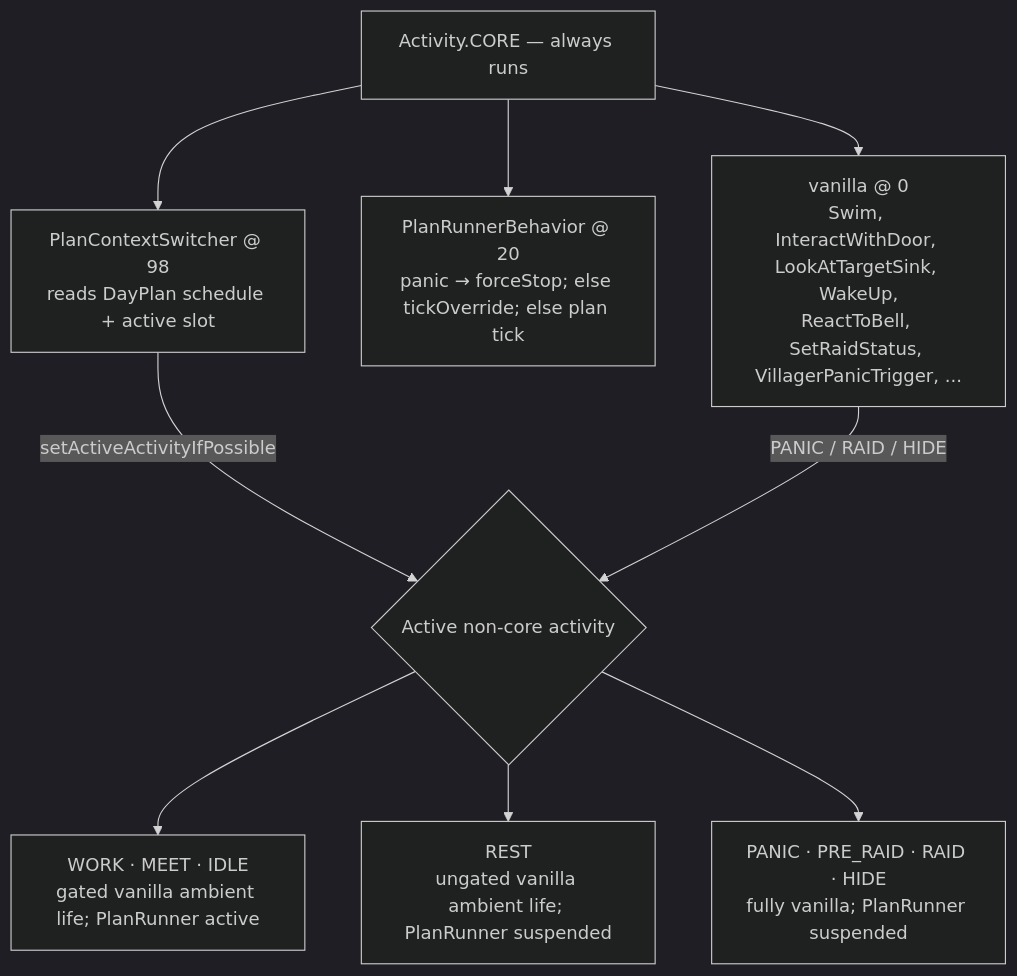
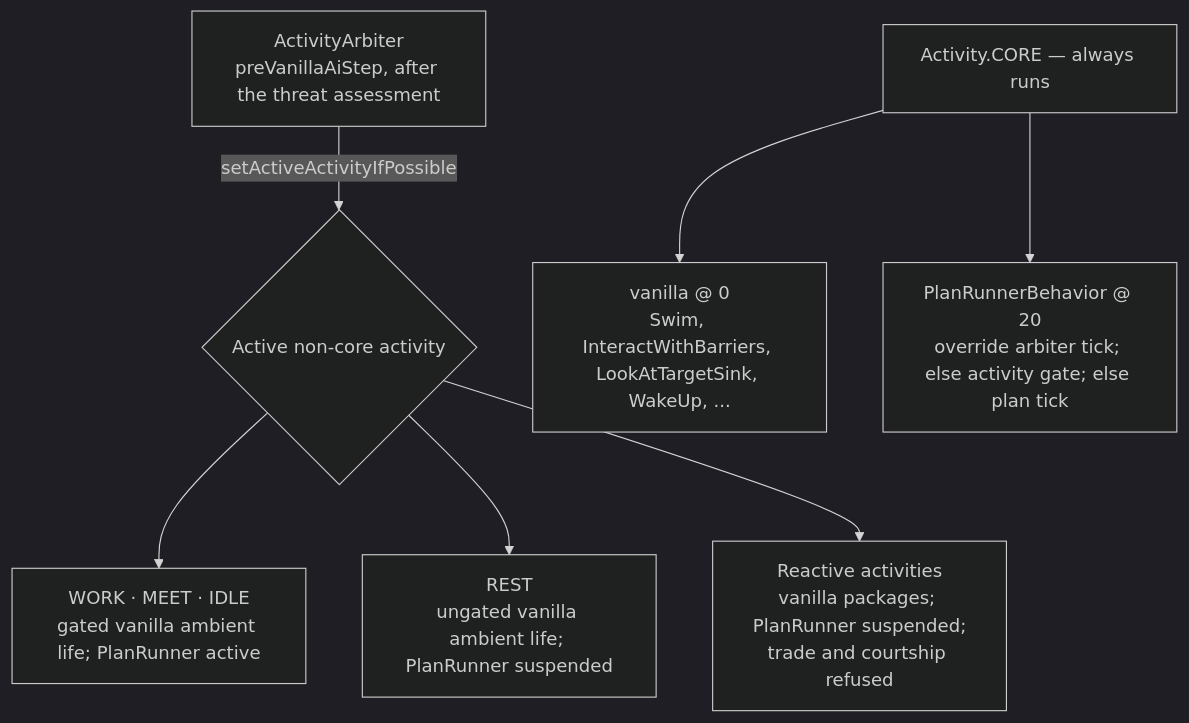
Before and after one commit to breeze-devs/Settlements-Alpha: the diagram in docs/references/behavior_orchestration.md, drawn with Mermaid (dark theme). The commit also changed other lines of this file and 97 other files, not shown here.

````diff
--- a/docs/references/behavior_orchestration.md
+++ b/docs/references/behavior_orchestration.md
@@ -56,13 +61,12 @@
 ```mermaid
 flowchart TD
+    ARB["ActivityArbiter<br/>preVanillaAiStep, after the threat assessment"]
+    ARB -->|" setActiveActivityIfPossible "| ACT
     CORE["Activity.CORE — always runs"]
-    CORE --> VAN["vanilla @ 0<br/>Swim, InteractWithDoor, LookAtTargetSink, WakeUp,<br/>ReactToBell, SetRaidStatus, VillagerPanicTrigger, ..."]
-    CORE --> PRB["PlanRunnerBehavior @ 20<br/>panic → forceStop; else tickOverride; else plan tick"]
-    CORE --> PCS["PlanContextSwitcher @ 98<br/>reads DayPlan schedule + active slot"]
-    PCS -->|" setActiveActivityIfPossible "| ACT
-    VAN -->|" PANIC / RAID / HIDE "| ACT
+    CORE --> VAN["vanilla @ 0<br/>Swim, InteractWithBarriers, LookAtTargetSink, WakeUp, ..."]
+    CORE --> PRB["PlanRunnerBehavior @ 20<br/>override arbiter tick; else activity gate; else plan tick"]
     ACT{"Active non-core activity"}
     ACT --> MANAGED["WORK · MEET · IDLE<br/>gated vanilla ambient life; PlanRunner active"]
     ACT --> REST["REST<br/>ungated vanilla ambient life; PlanRunner suspended"]
-    ACT --> VANILLA["PANIC · PRE_RAID · RAID · HIDE<br/>fully vanilla; PlanRunner suspended"]
+    ACT --> REACTIVE["Reactive activities<br/>vanilla packages; PlanRunner suspended;<br/>trade and courtship refused"]
 ```
````
